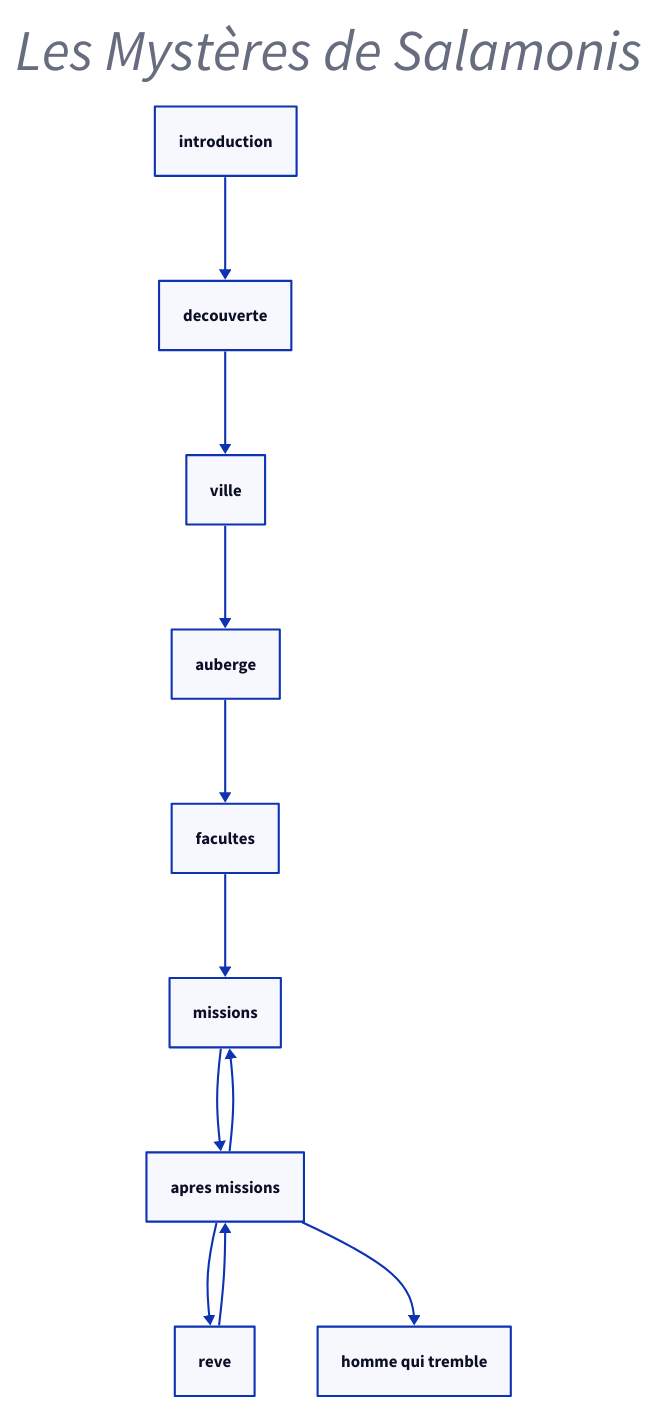
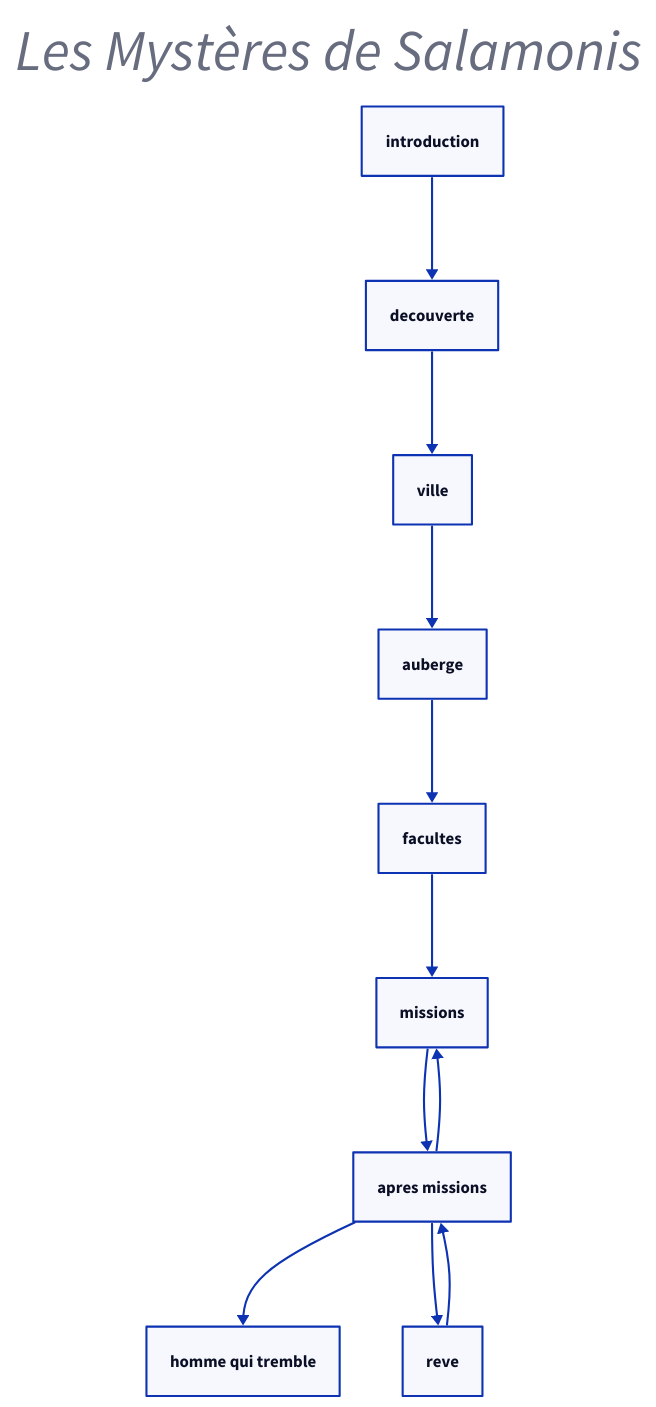
Before and after one commit to aklein-dex/les-mysteres-de-salamonis: the diagram in histoire.d2, drawn with D2. The commit also changed 13 other files, not shown here.

```diff
--- a/histoire.d2
+++ b/histoire.d2
@@ -1,13 +1,13 @@
 title: Les Mystères de Salamonis {
     shape: text
     near: top-center
     style: {
         font-size: 55
         italic: true
     }
 }
 
-introduction -> decouverte -> ville -> auberge -> facultes -> missions -> apres missions -> missions
+introduction -> decouverte -> ville -> auberge -> facultes -> missions -> apres missions  -> homme qui tremble
+apres missions -> missions
 apres missions -> reve
 reve -> apres missions
-apres missions -> homme qui tremble
```
